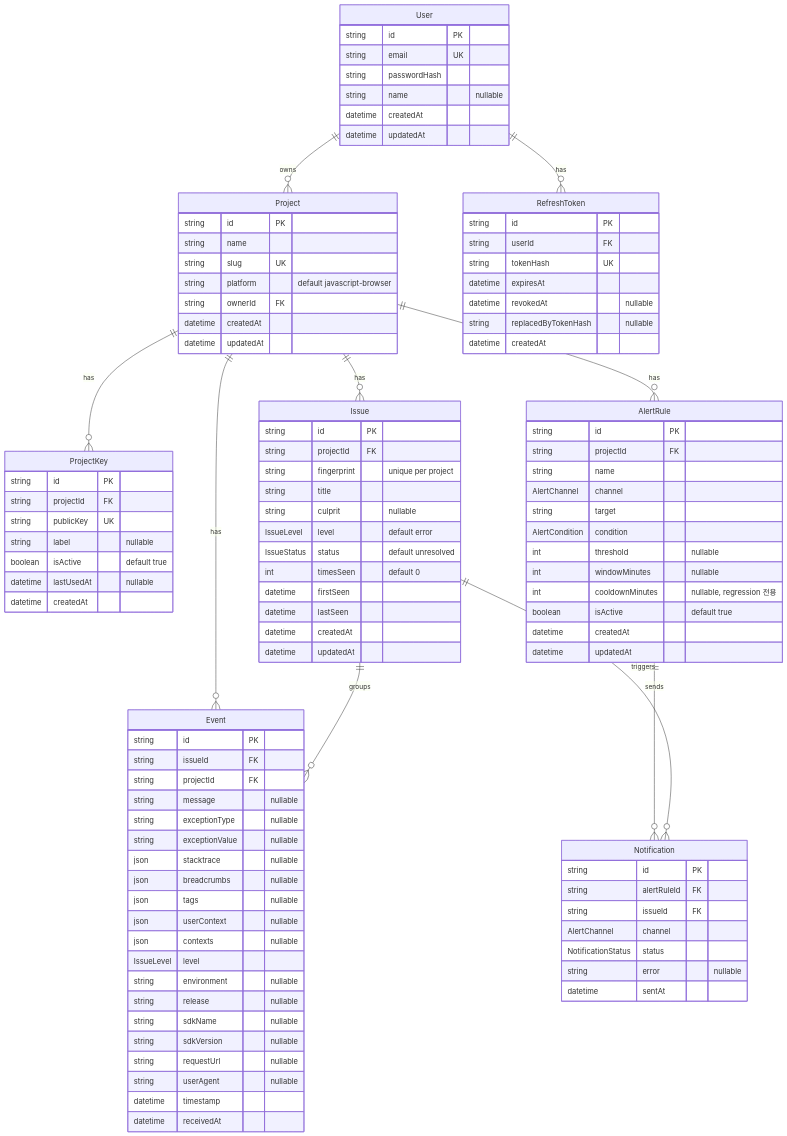
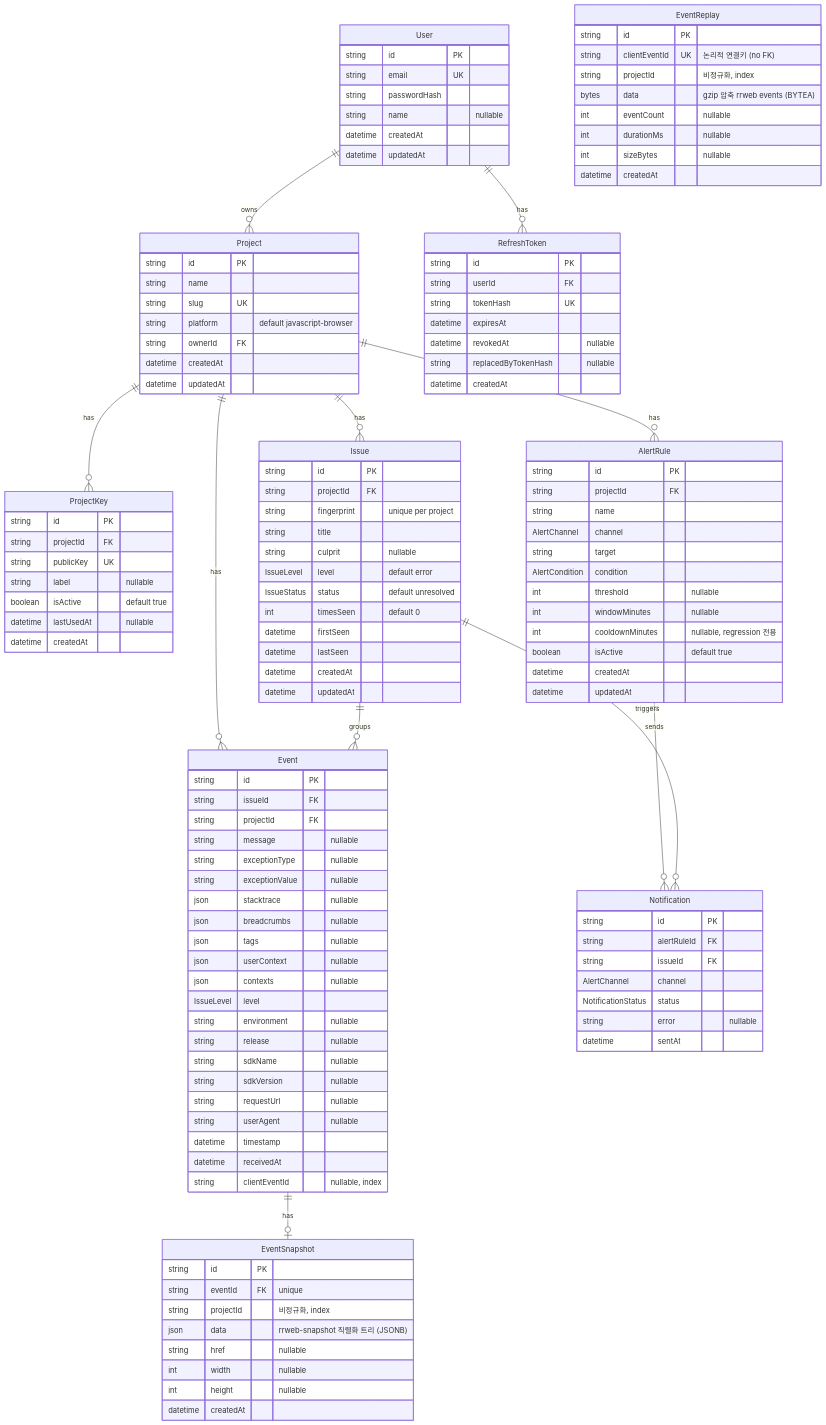
One commit to SSSunmin/errorTracking2 changed the diagram in knowledge/database/erd.md. Above: the diagram before and after it, drawn with Mermaid. The commit also changed other lines of this file and 8 other files, not shown here.

First line of the commit message:
docs(knowledge): document DOM snapshot and session replay (OKF)

```diff
--- a/knowledge/database/erd.md
+++ b/knowledge/database/erd.md
@@ -22,6 +22,7 @@
     Issue ||--o{ Event : groups
     AlertRule ||--o{ Notification : sends
     Issue ||--o{ Notification : triggers
+    Event ||--o| EventSnapshot : has
 
     User {
         string id PK
@@ -84,6 +85,27 @@
         string userAgent "nullable"
         datetime timestamp
         datetime receivedAt
+        string clientEventId "nullable, index"
+    }
+    EventSnapshot {
+        string id PK
+        string eventId FK "unique"
+        string projectId "비정규화, index"
+        json data "rrweb-snapshot 직렬화 트리 (JSONB)"
+        string href "nullable"
+        int width "nullable"
+        int height "nullable"
+        datetime createdAt
+    }
+    EventReplay {
+        string id PK
+        string clientEventId UK "논리적 연결키 (no FK)"
+        string projectId "비정규화, index"
+        bytes data "gzip 압축 rrweb events (BYTEA)"
+        int eventCount "nullable"
+        int durationMs "nullable"
+        int sizeBytes "nullable"
+        datetime createdAt
     }
     AlertRule {
         string id PK
```
